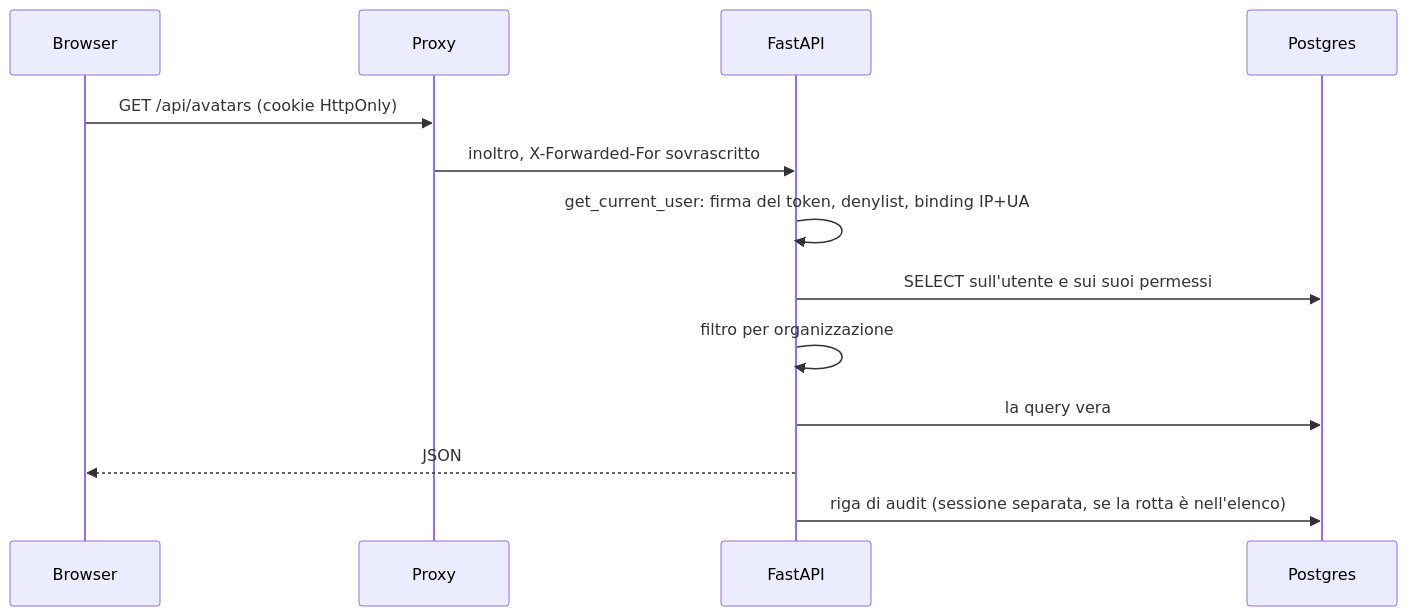
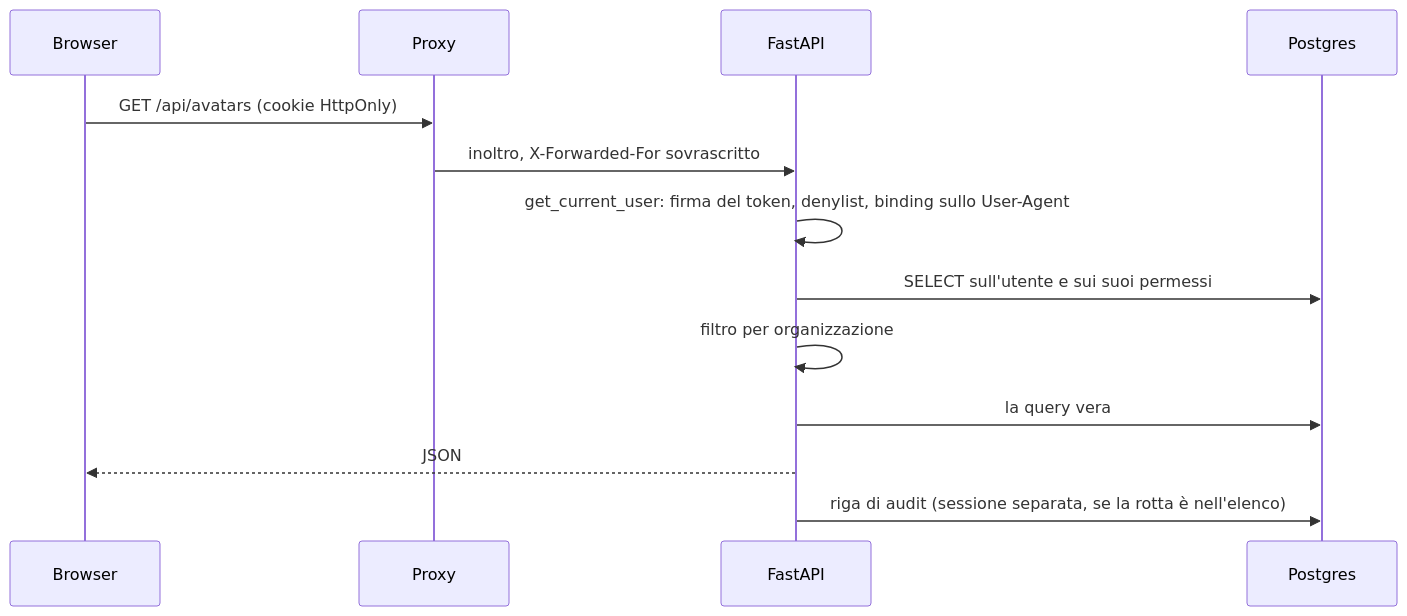
The second of 2 diagrams in docs/architettura.md (DavideZanellato99/SkillLab), drawn with Mermaid before and after one commit. The commit also changed other lines of this file and 179 other files, not shown here.

````diff
--- a/docs/architettura.md
+++ b/docs/architettura.md
@@ -204,16 +204,16 @@
 ```mermaid
 sequenceDiagram
     participant B as Browser
     participant P as Proxy
     participant A as FastAPI
     participant D as Postgres
 
     B->>P: GET /api/avatars (cookie HttpOnly)
     P->>A: inoltro, X-Forwarded-For sovrascritto
-    A->>A: get_current_user: firma del token, denylist, binding IP+UA
+    A->>A: get_current_user: firma del token, denylist, binding sullo User-Agent
     A->>D: SELECT sull'utente e sui suoi permessi
     A->>A: filtro per organizzazione
     A->>D: la query vera
     A-->>B: JSON
     A->>D: riga di audit (sessione separata, se la rotta è nell'elenco)
 ```
````
